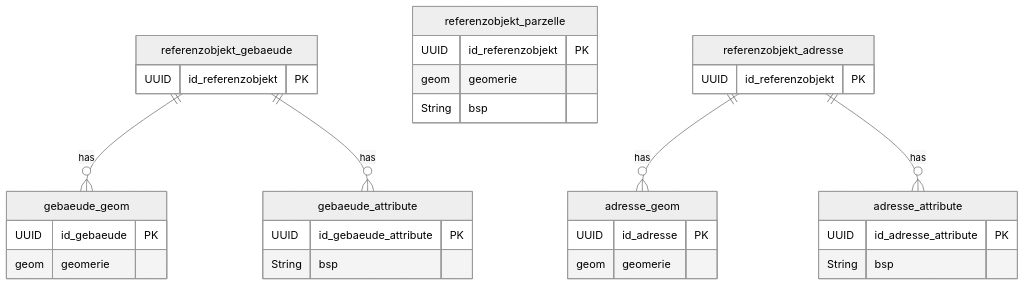
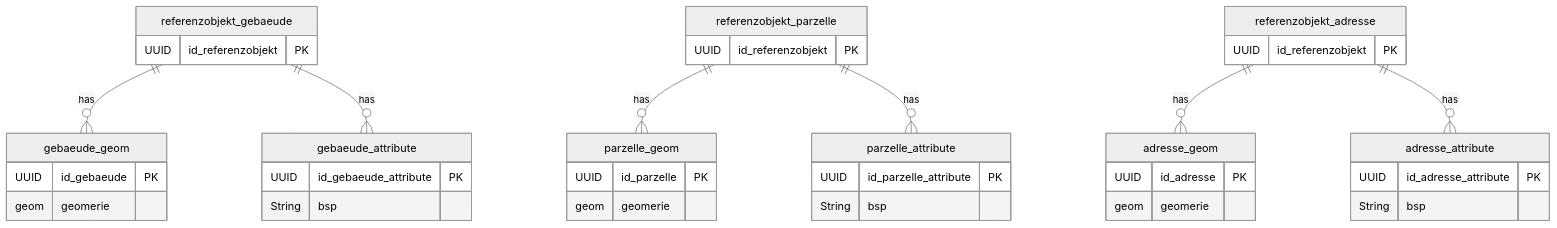
Before and after one commit to opengisch/ch.bs.urkataster: the fourth of 7 diagrams in README.md, drawn with Mermaid (neutral theme). The commit also changed other lines of this file and 1 other file, not shown here.

````diff
--- a/README.md
+++ b/README.md
@@ -271,8 +302,6 @@
 referenzobjekt_parzelle {
 
 UUID id_referenzobjekt PK
-geom geomerie
-String bsp
 
 }
 
@@ -286,6 +315,15 @@
 gebaeude_geom {
 
 UUID id_gebaeude PK
+geom geomerie
+
+
+}
+
+
+parzelle_geom {
+
+UUID id_parzelle PK
 geom geomerie
 
 
@@ -309,6 +347,14 @@
 }
 
 
+parzelle_attribute {
+
+UUID id_parzelle_attribute PK
+String bsp
+
+}
+
+
 adresse_attribute {
 
 UUID id_adresse_attribute PK
@@ -319,8 +365,10 @@
     
     %% Referenzobjekt besitzt Geometrien und Attribute
     referenzobjekt_gebaeude ||--o{ gebaeude_geom : "has"
+    referenzobjekt_parzelle ||--o{ parzelle_geom : "has"
     referenzobjekt_adresse ||--o{ adresse_geom : "has"
     referenzobjekt_gebaeude ||--o{ gebaeude_attribute : "has"
+    referenzobjekt_parzelle ||--o{ parzelle_attribute : "has"
     referenzobjekt_adresse ||--o{ adresse_attribute : "has"
 
 ```
````
